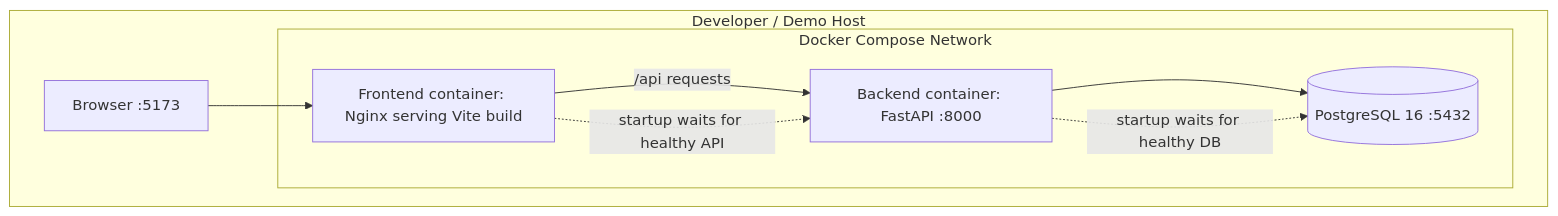
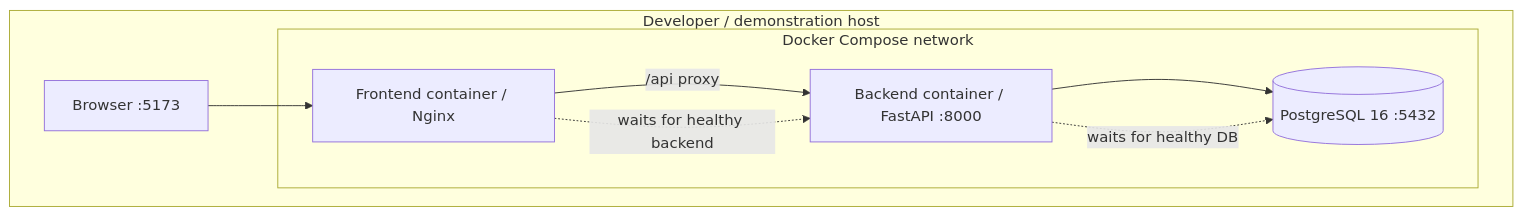
Before and after one commit to Aoreri/SEN0421: the third of 5 diagrams in docs/software-design-description.md, drawn with Mermaid. The commit also changed other lines of this file, not shown here.

````diff
--- a/docs/software-design-description.md
+++ b/docs/software-design-description.md
@@ -103,16 +131,16 @@
 ```mermaid
 flowchart TB
-    subgraph Host[Developer / Demo Host]
-        Browser[Browser :5173]
-        subgraph Compose[Docker Compose Network]
-            Frontend[Frontend container: Nginx serving Vite build]
-            Backend[Backend container: FastAPI :8000]
-            Postgres[(PostgreSQL 16 :5432)]
-        end
+  subgraph Host[Developer / demonstration host]
+    Browser[Browser :5173]
+    subgraph Compose[Docker Compose network]
+      Front[Frontend container / Nginx]
+      Back[Backend container / FastAPI :8000]
+      DB[(PostgreSQL 16 :5432)]
     end
-    Browser --> Frontend
-    Frontend -->|/api requests| Backend
-    Backend --> Postgres
-    Backend -. startup waits for healthy DB .-> Postgres
-    Frontend -. startup waits for healthy API .-> Backend
+  end
+  Browser --> Front
+  Front -->|/api proxy| Back
+  Back --> DB
+  Back -. waits for healthy DB .-> DB
+  Front -. waits for healthy backend .-> Back
 ```
````
